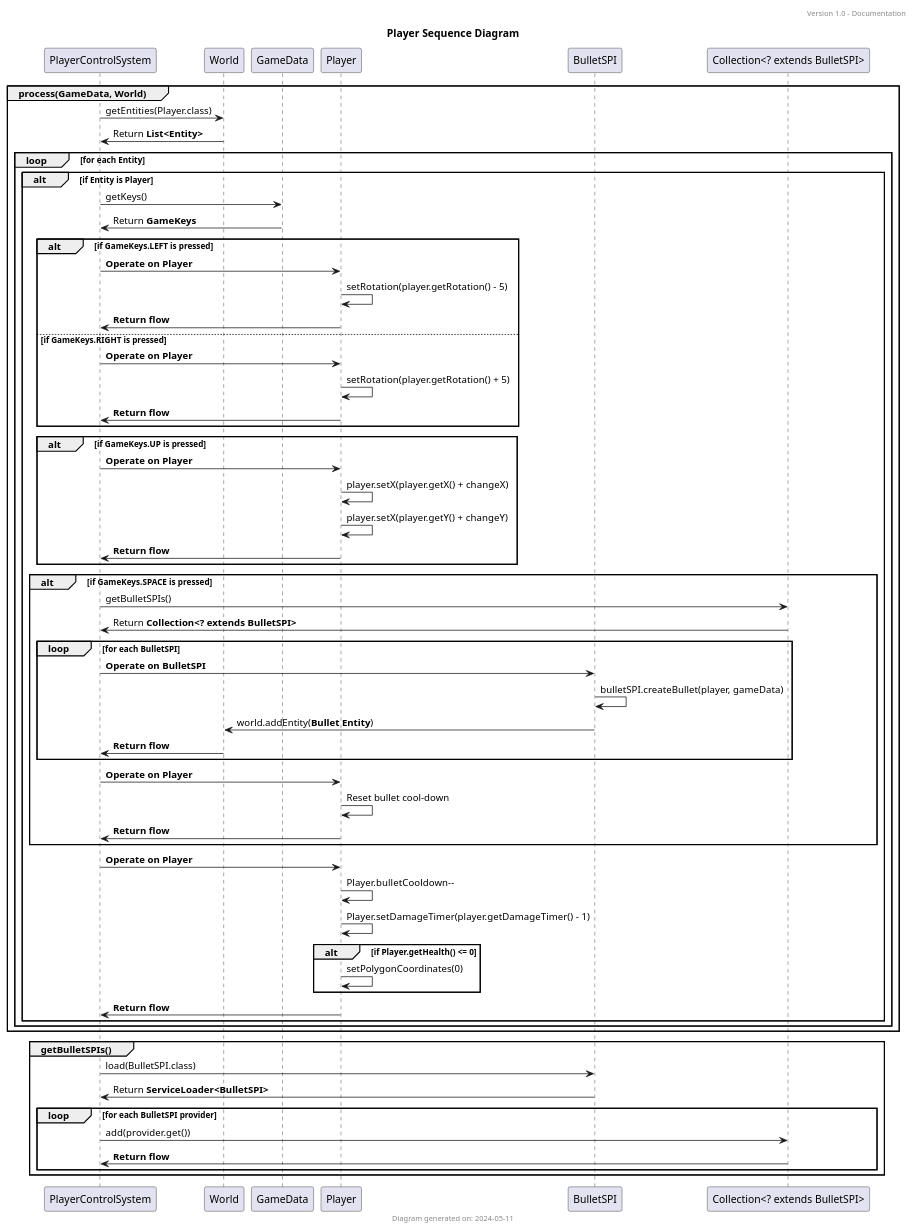
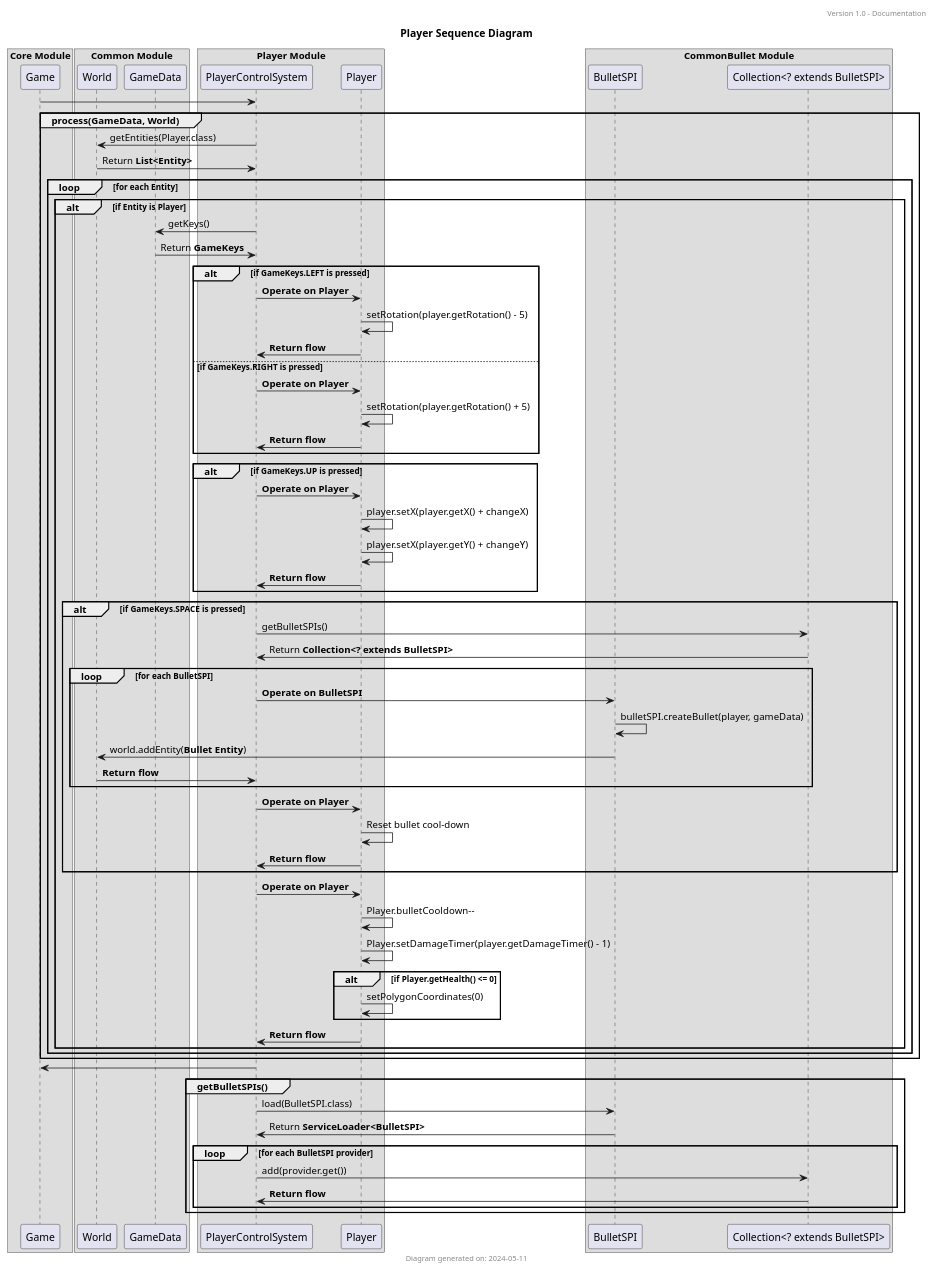
The diagram in Diagrams/Sequence Diagrams/Sequence Diagram Player.puml (XBetaHunterX/AsteroidsFX), drawn with PlantUML before and after one commit. The commit also changed 1 other file, not shown here.

Commit message:
Update to denote components in sequence diagram

```diff
--- a/Diagrams/Sequence Diagrams/Sequence Diagram Player.puml
+++ b/Diagrams/Sequence Diagrams/Sequence Diagram Player.puml
@@ -1,69 +1,83 @@
     @startuml
 'https://plantuml.com/sequence-diagram
 title Player Sequence Diagram
 header Version 1.0 - Documentation
 footer Diagram generated on: 2024-05-11
 
-participant PlayerControlSystem
+box "Core Module"
+participant Game
+box end
+
+box "Common Module"
 participant World
 participant GameData
+end box
+
+box "Player Module"
+participant PlayerControlSystem
 participant Player
+end box
+
+box "CommonBullet Module"
 participant BulletSPI
 participant "Collection<? extends BulletSPI>"
+end box
 
+Game -> PlayerControlSystem
 group process(GameData, World)
     World <- PlayerControlSystem : getEntities(Player.class)
     World -> PlayerControlSystem : Return **List<Entity>**
     loop for each Entity
         alt if Entity is Player
             PlayerControlSystem -> GameData : getKeys()
             PlayerControlSystem <- GameData : Return **GameKeys**
             alt if GameKeys.LEFT is pressed
                 PlayerControlSystem -> Player : **Operate on Player**
                 Player -> Player : setRotation(player.getRotation() - 5)
                 Player -> PlayerControlSystem : **Return flow**
             else if GameKeys.RIGHT is pressed
                 PlayerControlSystem -> Player : **Operate on Player**
                 Player -> Player : setRotation(player.getRotation() + 5)
                 Player -> PlayerControlSystem : **Return flow**
             end
             alt if GameKeys.UP is pressed
                 PlayerControlSystem -> Player : **Operate on Player**
                 Player -> Player : player.setX(player.getX() + changeX)
                 Player -> Player : player.setX(player.getY() + changeY)
                 Player -> PlayerControlSystem : **Return flow**
             end
             alt if GameKeys.SPACE is pressed
                 PlayerControlSystem -> "Collection<? extends BulletSPI>" : getBulletSPIs()
                 PlayerControlSystem <- "Collection<? extends BulletSPI>" : Return **Collection<? extends BulletSPI>**
                 loop for each BulletSPI
                     PlayerControlSystem -> BulletSPI : **Operate on BulletSPI**
                     BulletSPI -> BulletSPI : bulletSPI.createBullet(player, gameData)
                     BulletSPI -> World : world.addEntity(**Bullet Entity**)
                     World -> PlayerControlSystem : **Return flow**
                 end
                 PlayerControlSystem -> Player : **Operate on Player**
                 Player -> Player : Reset bullet cool-down
                 Player -> PlayerControlSystem : **Return flow**
             end
 
             PlayerControlSystem -> Player : **Operate on Player**
             Player -> Player : Player.bulletCooldown--
             Player -> Player : Player.setDamageTimer(player.getDamageTimer() - 1)
             alt if Player.getHealth() <= 0
                             Player -> Player : setPolygonCoordinates(0)
             end
             Player -> PlayerControlSystem : **Return flow**
         end
     end
 end
+PlayerControlSystem -> Game
 
 group getBulletSPIs()
     PlayerControlSystem -> BulletSPI : load(BulletSPI.class)
     PlayerControlSystem <- BulletSPI : Return **ServiceLoader<BulletSPI>**
     loop for each BulletSPI provider
         PlayerControlSystem -> "Collection<? extends BulletSPI>" : add(provider.get())
         "Collection<? extends BulletSPI>" -> PlayerControlSystem : **Return flow**
     end
 end
 @enduml
```
